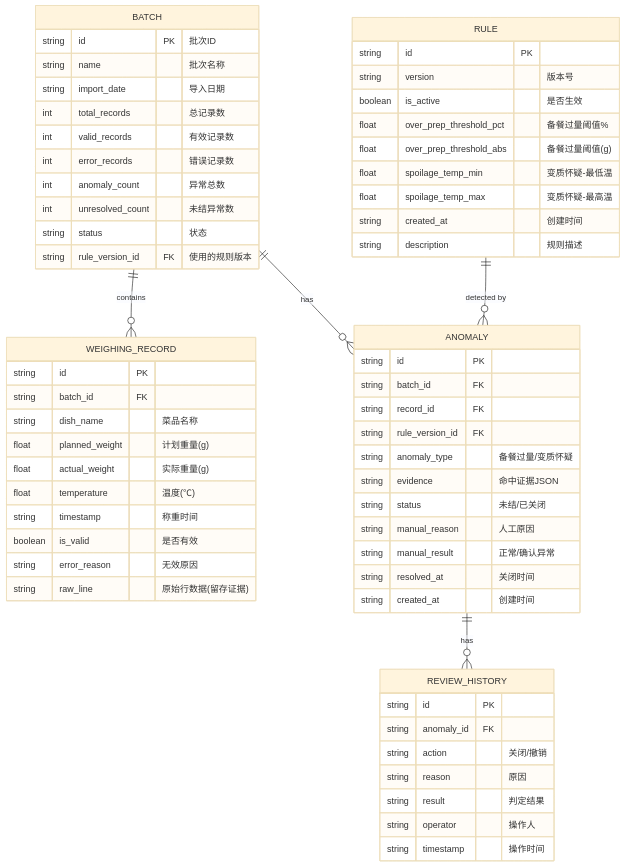
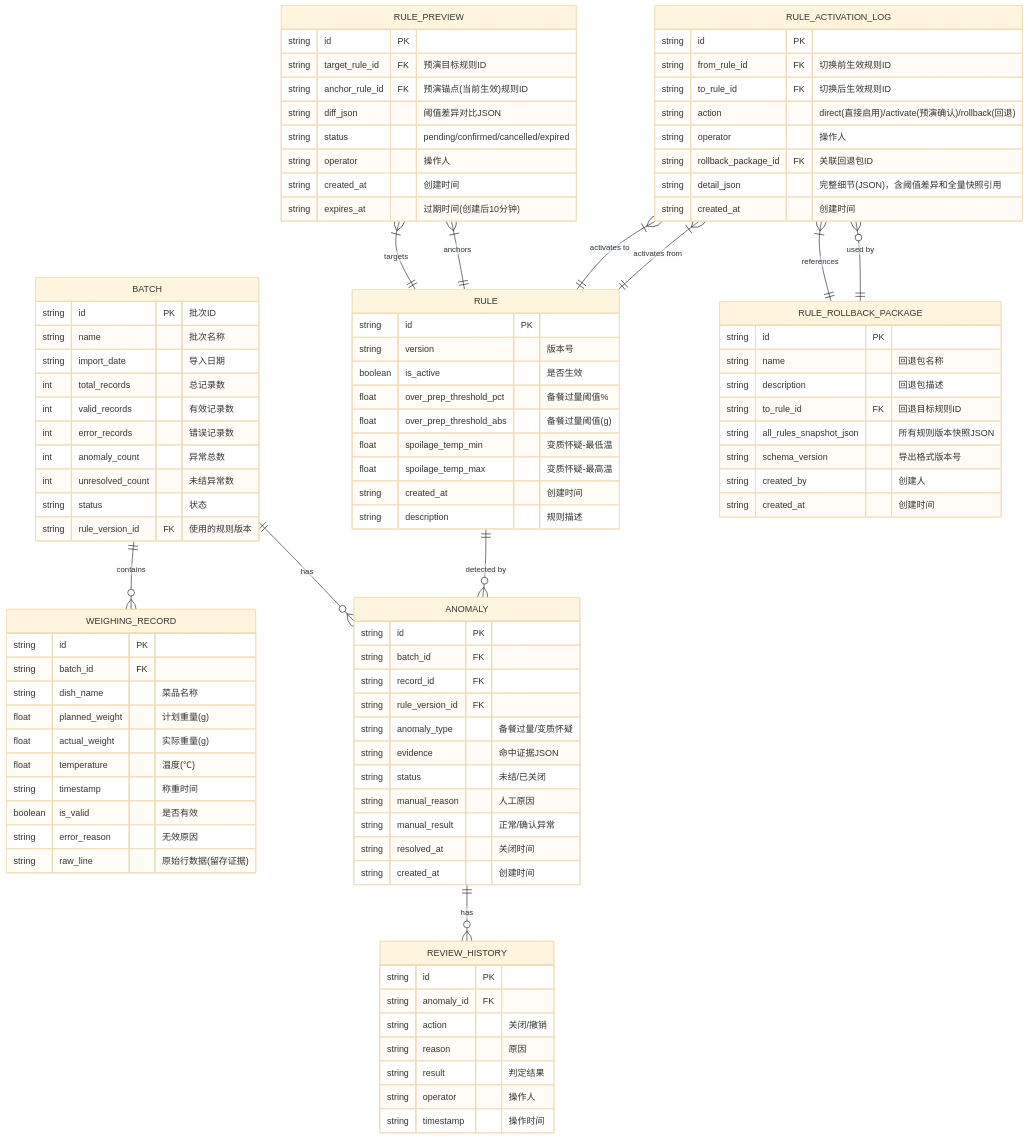
One commit to zzz-net/zzz-00072 changed the second of 2 diagrams in .trae/documents/Technical-Architecture-食堂损耗复核台.md. Above: the diagram before and after it, drawn with Mermaid (base theme). The commit also changed other lines of this file and 6 other files, not shown here.

````diff
--- a/.trae/documents/Technical-Architecture-食堂损耗复核台.md
+++ b/.trae/documents/Technical-Architecture-食堂损耗复核台.md
@@ -71,6 +83,12 @@
     BATCH ||--o{ ANOMALY : has
     RULE ||--o{ ANOMALY : "detected by"
     ANOMALY ||--o{ REVIEW_HISTORY : has
+    RULE_PREVIEW }|--|| RULE : "targets"
+    RULE_PREVIEW }|--|| RULE : "anchors"
+    RULE_ACTIVATION_LOG }|--|| RULE : "activates to"
+    RULE_ACTIVATION_LOG }|--|| RULE : "activates from"
+    RULE_ACTIVATION_LOG }|--|| RULE_ROLLBACK_PACKAGE : "references"
+    RULE_ROLLBACK_PACKAGE ||--o{ RULE_ACTIVATION_LOG : "used by"
 
     BATCH {
         string id PK "批次ID"
@@ -133,4 +151,37 @@
         string operator "操作人"
         string timestamp "操作时间"
     }
+
+    RULE_PREVIEW {
+        string id PK
+        string target_rule_id FK "预演目标规则ID"
+        string anchor_rule_id FK "预演锚点(当前生效)规则ID"
+        string diff_json "阈值差异对比JSON"
+        string status "pending/confirmed/cancelled/expired"
+        string operator "操作人"
+        string created_at "创建时间"
+        string expires_at "过期时间(创建后10分钟)"
+    }
+
+    RULE_ACTIVATION_LOG {
+        string id PK
+        string from_rule_id FK "切换前生效规则ID"
+        string to_rule_id FK "切换后生效规则ID"
+        string action "direct(直接启用)/activate(预演确认)/rollback(回退)"
+        string operator "操作人"
+        string rollback_package_id FK "关联回退包ID"
+        string detail_json "完整细节(JSON)，含阈值差异和全量快照引用"
+        string created_at "创建时间"
+    }
+
+    RULE_ROLLBACK_PACKAGE {
+        string id PK
+        string name "回退包名称"
+        string description "回退包描述"
+        string to_rule_id FK "回退目标规则ID"
+        string all_rules_snapshot_json "所有规则版本快照JSON"
+        string schema_version "导出格式版本号"
+        string created_by "创建人"
+        string created_at "创建时间"
+    }
 ```
````
